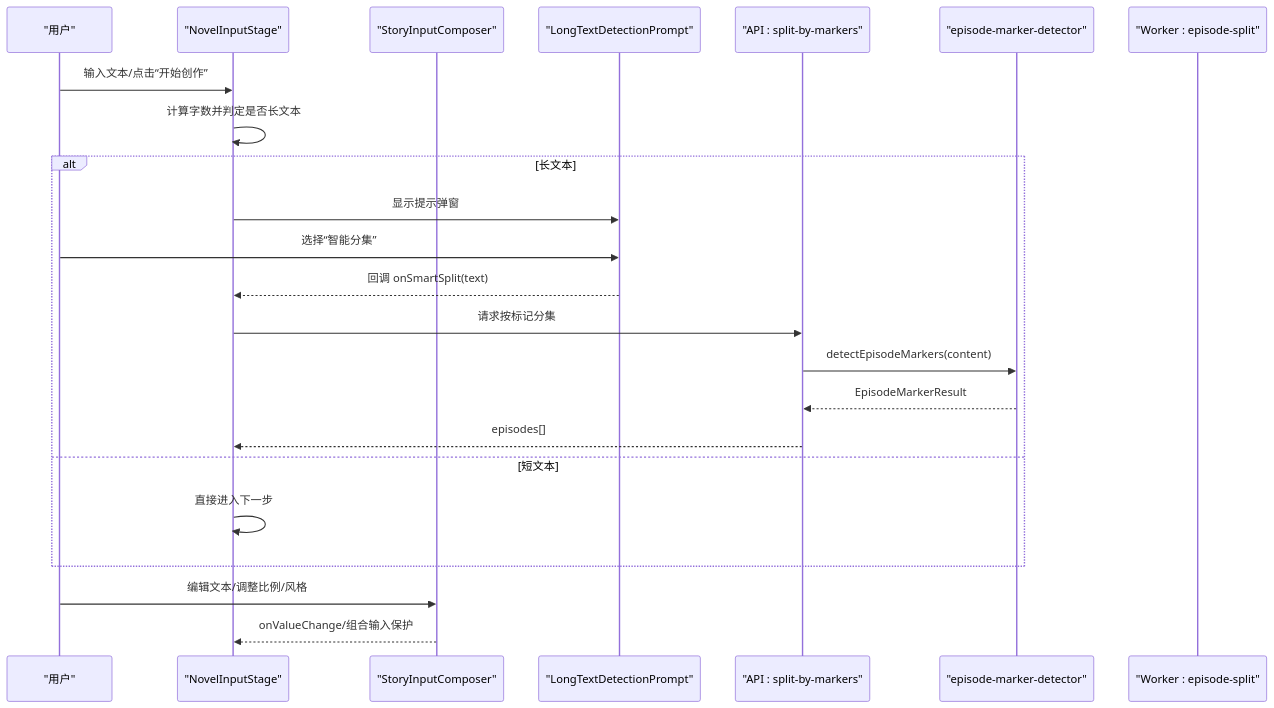
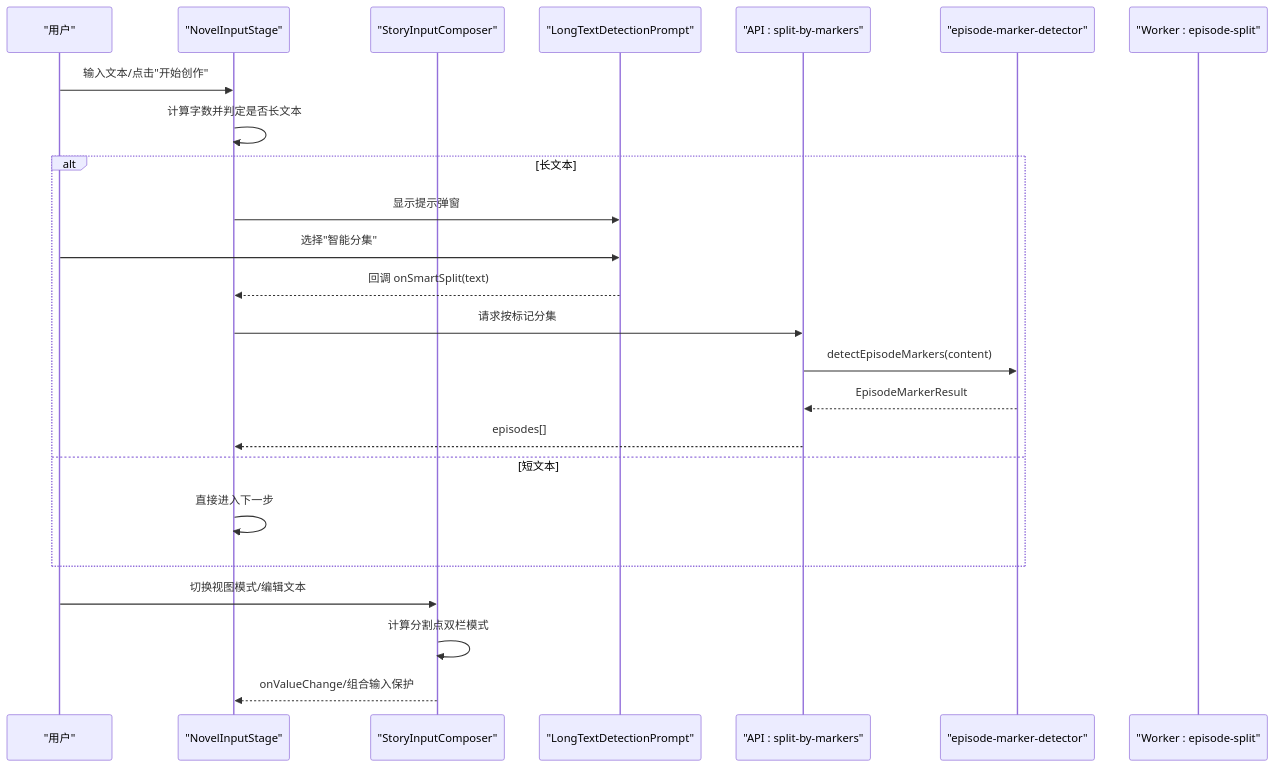
The second of 6 diagrams in .qoder/repowiki/zh/content/前端组件架构/工作区组件/故事输入组件.md (lyl2021/waoowaoo), drawn with Mermaid before and after one commit. The commit also changed other lines of this file and 15 other files, not shown here.

````diff
--- a/.qoder/repowiki/zh/content/前端组件架构/工作区组件/故事输入组件.md
+++ b/.qoder/repowiki/zh/content/前端组件架构/工作区组件/故事输入组件.md
@@ -112,25 +129,26 @@
 ```mermaid
 sequenceDiagram
 participant U as "用户"
 participant NIS as "NovelInputStage"
 participant SIC as "StoryInputComposer"
 participant LTDP as "LongTextDetectionPrompt"
 participant API as "API : split-by-markers"
 participant DET as "episode-marker-detector"
 participant WKR as "Worker : episode-split"
-U->>NIS : 输入文本/点击“开始创作”
+U->>NIS : 输入文本/点击"开始创作"
 NIS->>NIS : 计算字数并判定是否长文本
 alt 长文本
 NIS->>LTDP : 显示提示弹窗
-U->>LTDP : 选择“智能分集”
+U->>LTDP : 选择"智能分集"
 LTDP-->>NIS : 回调 onSmartSplit(text)
 NIS->>API : 请求按标记分集
 API->>DET : detectEpisodeMarkers(content)
 DET-->>API : EpisodeMarkerResult
 API-->>NIS : episodes[]
 else 短文本
 NIS->>NIS : 直接进入下一步
 end
-U->>SIC : 编辑文本/调整比例/风格
+U->>SIC : 切换视图模式/编辑文本
+SIC->>SIC : 计算分割点双栏模式
 SIC-->>NIS : onValueChange/组合输入保护
 ```
````
